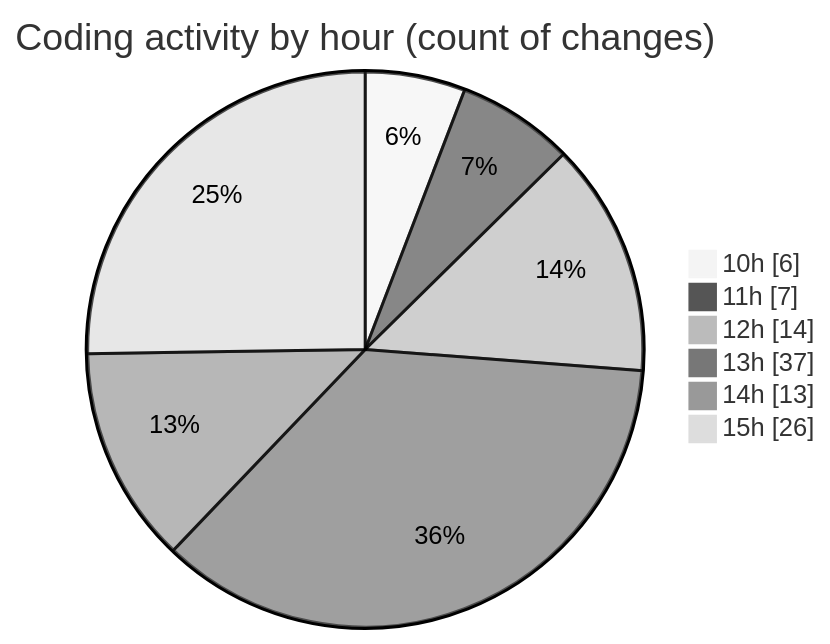
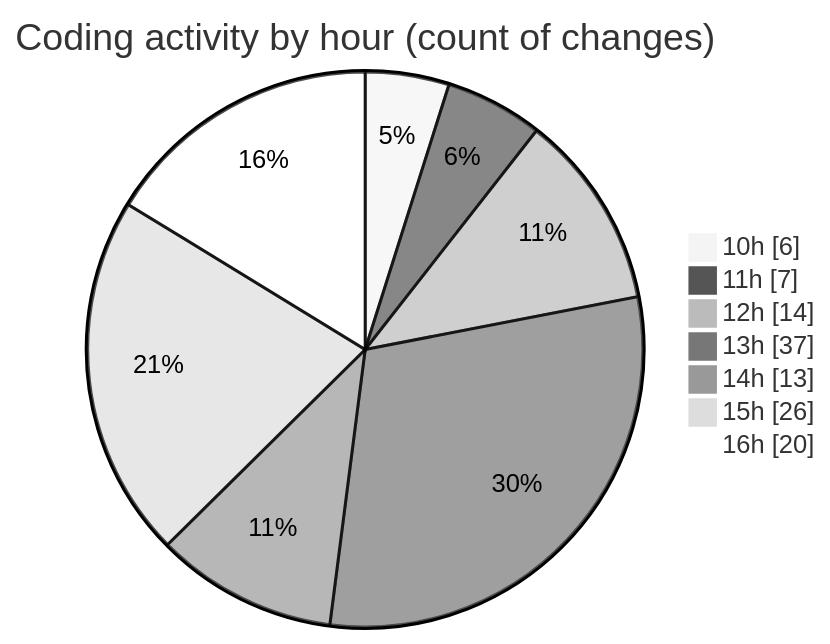
Before and after one commit to momahboobian/code-tracking: the second of 2 diagrams in 2025-06-23/cda/README.md, drawn with Mermaid (neutral theme). The commit also changed other lines of this file and 1 other file, not shown here.

````diff
--- a/2025-06-23/cda/README.md
+++ b/2025-06-23/cda/README.md
@@ -42,10 +49,11 @@
 ```mermaid
 pie showData
 title Coding activity by hour (count of changes)
 "10h" : 6
 "11h" : 7
 "12h" : 14
 "13h" : 37
 "14h" : 13
 "15h" : 26
+"16h" : 20
 ```
````
